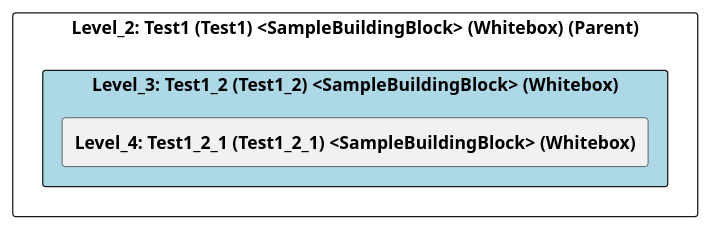
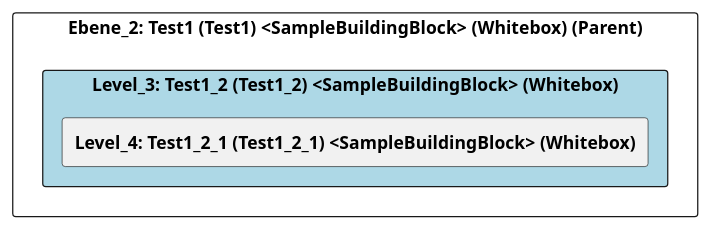
One commit to marcozwyssig/cleon changed the diagram in src/cleon.architecturemethods.arc42.sample/doc/cleon_architecturemethods_arc42_sample_arc42/adoc/en/05_building_block_view/chess/test1/test1_2/level_3_test1_2.adoc. Above: the diagram before and after it, drawn with PlantUML. The commit also changed other lines of this file and 620 other files, not shown here.

```diff
--- a/src/cleon.architecturemethods.arc42.sample/doc/cleon_architecturemethods_arc42_sample_arc42/adoc/en/05_building_block_view/chess/test1/test1_2/level_3_test1_2.adoc
+++ b/src/cleon.architecturemethods.arc42.sample/doc/cleon_architecturemethods_arc42_sample_arc42/adoc/en/05_building_block_view/chess/test1/test1_2/level_3_test1_2.adoc
@@ -20,26 +20,26 @@
 [plantuml, Level_3: Test1_2 (Test1_2) <SampleBuildingBlock> (Whitebox)BlockOverview, format="svg"]
 ----
 @startuml Level_3: Test1_2 (Test1_2) <SampleBuildingBlock> (Whitebox)BuildingBlockOverview
 
 skinparam ranksep 10
 skinparam componentStyle rectangle
 skinparam shadowing false
 skinparam arrowColor lightblue
 skinparam arrowThickness 1.2
 skinparam rectangle {
   BackgroundColor White
   BorderColor #333
   RoundCorner 10
 }
 top to bottom direction
 
-component "Level_2: Test1 (Test1) <SampleBuildingBlock> (Whitebox) (Parent)" {
+component "Ebene_2: Test1 (Test1) <SampleBuildingBlock> (Whitebox) (Parent)" {
     component "Level_3: Test1_2 (Test1_2) <SampleBuildingBlock> (Whitebox)" #lightblue {
         [**Level_4: Test1_2_1 (Test1_2_1) <SampleBuildingBlock> (Whitebox)**] as 4965EE24_D579_11EE_903E_9F564E4DE07E
     }
 
     
 }
 
 @enduml
 ----
```
